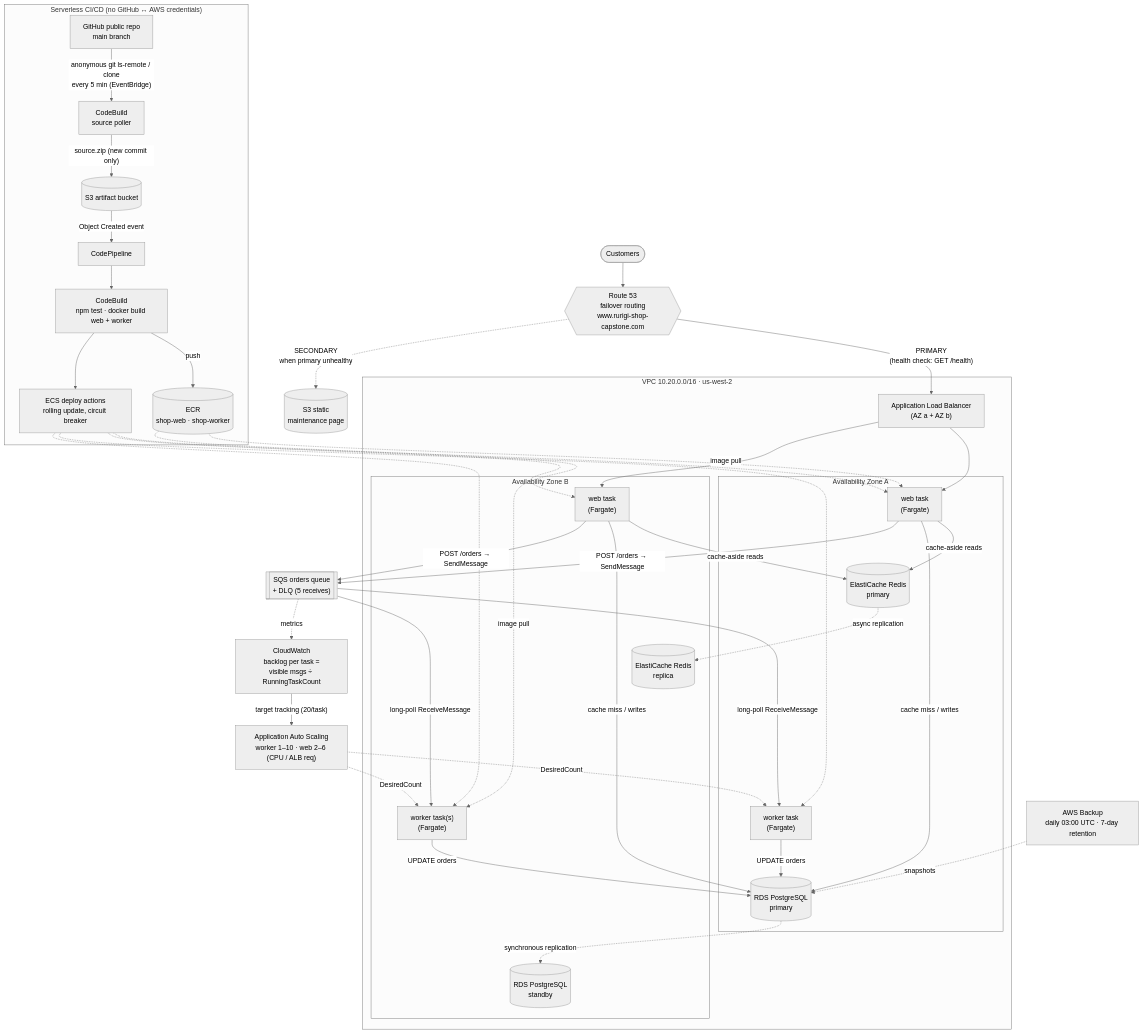
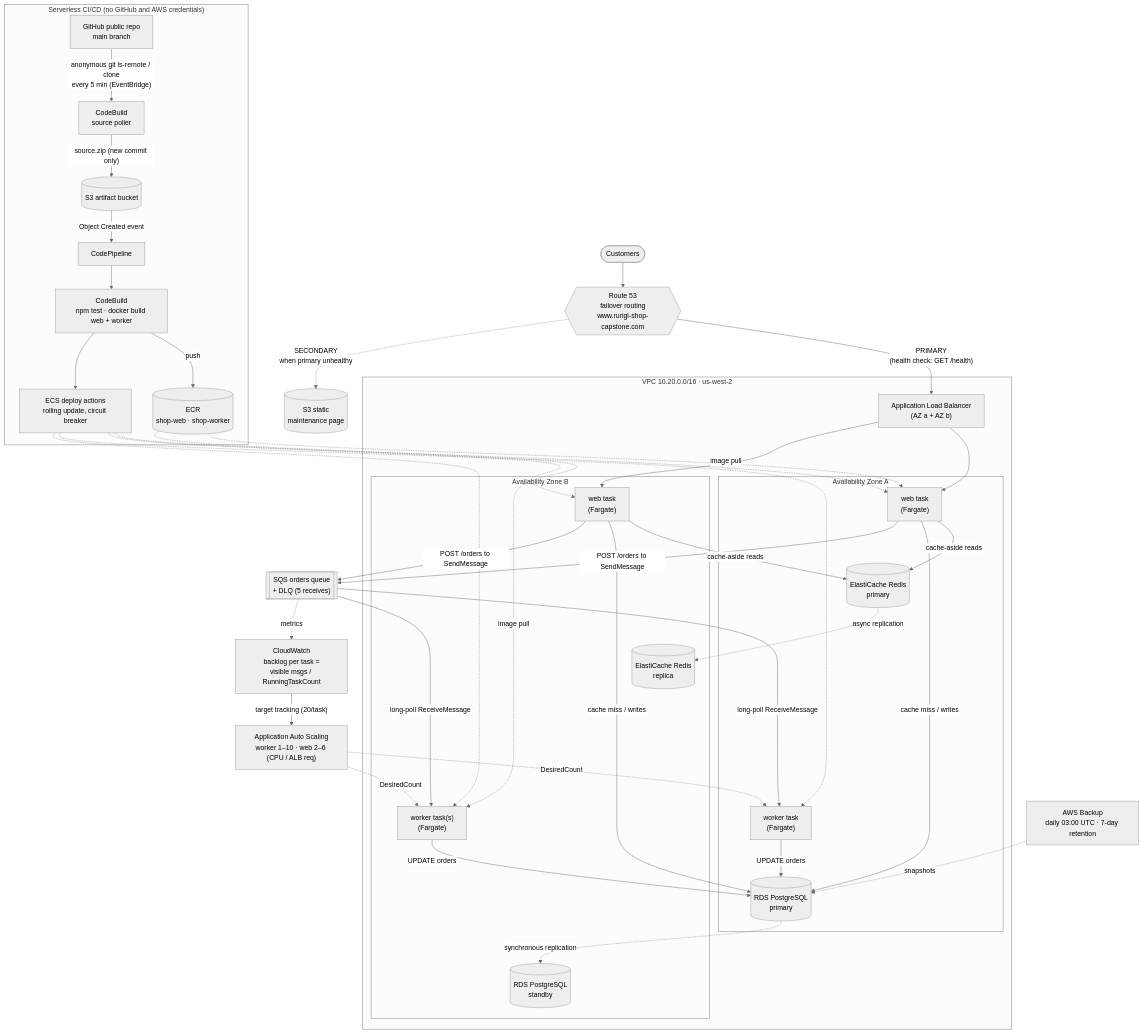
Before and after one commit to RURIGIMK/resilient-container-platform: the diagram in README.md, drawn with Mermaid (neutral theme). The commit also changed 1 other file, not shown here.

Commit message:
Use portable Mermaid edge-label syntax so the diagram renders on GitHub
Claude-Session: https://claude.ai/code/session_01GMsmBBJPPwFZWR9Bg5XpFw

````diff
--- a/README.md
+++ b/README.md
@@ -20,50 +20,50 @@
 ```mermaid
 flowchart TB
   user([Customers]) --> r53{{"Route 53<br/>failover routing<br/>www.rurigi-shop-capstone.com"}}
-  r53 -- "PRIMARY<br/>(health check: GET /health)" --> alb
-  r53 -. "SECONDARY<br/>when primary unhealthy" .-> s3site[("S3 static<br/>maintenance page")]
+  r53 -->|"PRIMARY<br/>(health check: GET /health)"| alb
+  r53 -.->|"SECONDARY<br/>when primary unhealthy"| s3site[("S3 static<br/>maintenance page")]
 
   subgraph vpc["VPC 10.20.0.0/16 · us-west-2"]
     alb["Application Load Balancer<br/>(AZ a + AZ b)"]
 
     subgraph aza["Availability Zone A"]
       webA["web task<br/>(Fargate)"]
       workerA["worker task<br/>(Fargate)"]
       rdsP[("RDS PostgreSQL<br/>primary")]
       redisP[("ElastiCache Redis<br/>primary")]
     end
     subgraph azb["Availability Zone B"]
       webB["web task<br/>(Fargate)"]
       workerB["worker task(s)<br/>(Fargate)"]
       rdsS[("RDS PostgreSQL<br/>standby")]
       redisR[("ElastiCache Redis<br/>replica")]
     end
 
     alb --> webA & webB
-    webA & webB -- "cache-aside reads" --> redisP
-    webA & webB -- "cache miss / writes" --> rdsP
-    rdsP -. "synchronous replication" .-> rdsS
-    redisP -. "async replication" .-> redisR
-    workerA & workerB -- "UPDATE orders" --> rdsP
+    webA & webB -->|"cache-aside reads"| redisP
+    webA & webB -->|"cache miss / writes"| rdsP
+    rdsP -.->|"synchronous replication"| rdsS
+    redisP -.->|"async replication"| redisR
+    workerA & workerB -->|"UPDATE orders"| rdsP
   end
 
-  webA & webB -- "POST /orders → SendMessage" --> sqs[["SQS orders queue<br/>+ DLQ (5 receives)"]]
-  sqs -- "long-poll ReceiveMessage" --> workerA & workerB
+  webA & webB -->|"POST /orders to SendMessage"| sqs[["SQS orders queue<br/>+ DLQ (5 receives)"]]
+  sqs -->|"long-poll ReceiveMessage"| workerA & workerB
 
-  cw["CloudWatch<br/>backlog per task =<br/>visible msgs ÷ RunningTaskCount"] -- "target tracking (20/task)" --> aas["Application Auto Scaling<br/>worker 1–10 · web 2–6 (CPU / ALB req)"]
-  sqs -. metrics .-> cw
-  aas -. "DesiredCount" .-> workerA & workerB
+  cw["CloudWatch<br/>backlog per task =<br/>visible msgs / RunningTaskCount"] -->|"target tracking (20/task)"| aas["Application Auto Scaling<br/>worker 1–10 · web 2–6 (CPU / ALB req)"]
+  sqs -.->|metrics| cw
+  aas -.->|"DesiredCount"| workerA & workerB
 
-  backup["AWS Backup<br/>daily 03:00 UTC · 7-day retention"] -. snapshots .-> rdsP
+  backup["AWS Backup<br/>daily 03:00 UTC · 7-day retention"] -.->|snapshots| rdsP
 
-  subgraph cicd["Serverless CI/CD (no GitHub ↔ AWS credentials)"]
-    gh["GitHub public repo<br/>main branch"] -- "anonymous git ls-remote / clone<br/>every 5 min (EventBridge)" --> poller["CodeBuild<br/>source poller"]
-    poller -- "source.zip (new commit only)" --> s3src[("S3 artifact bucket")]
-    s3src -- "Object Created event" --> cp["CodePipeline"]
+  subgraph cicd["Serverless CI/CD (no GitHub and AWS credentials)"]
+    gh["GitHub public repo<br/>main branch"] -->|"anonymous git ls-remote / clone<br/>every 5 min (EventBridge)"| poller["CodeBuild<br/>source poller"]
+    poller -->|"source.zip (new commit only)"| s3src[("S3 artifact bucket")]
+    s3src -->|"Object Created event"| cp["CodePipeline"]
     cp --> cb["CodeBuild<br/>npm test · docker build web + worker"]
     cb -- push --> ecr[("ECR<br/>shop-web · shop-worker")]
     cb --> deploy["ECS deploy actions<br/>rolling update, circuit breaker"]
   end
   deploy -.-> webA & webB & workerA & workerB
-  ecr -. "image pull" .-> webA & workerB
+  ecr -.->|"image pull"| webA & workerB
 ```
````
